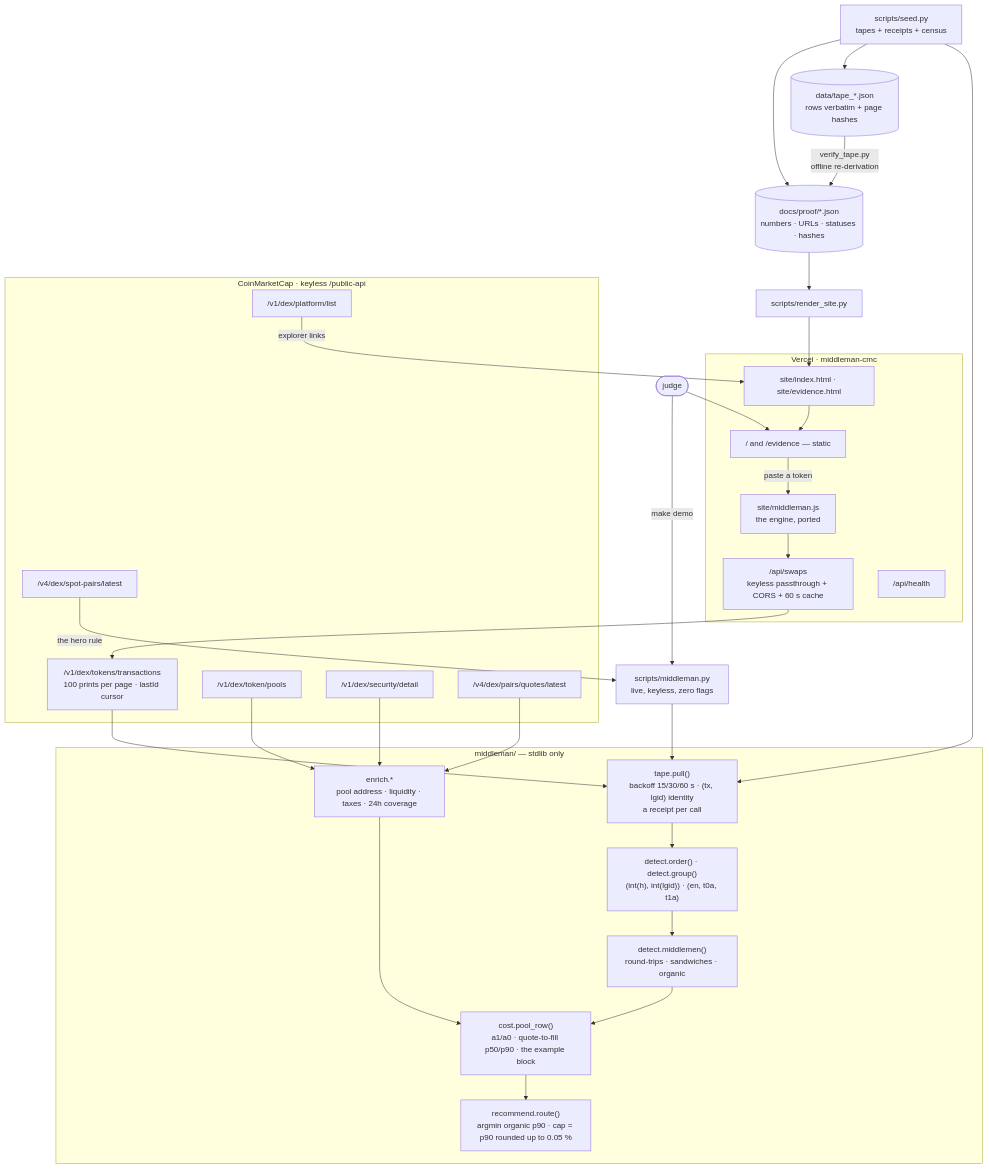
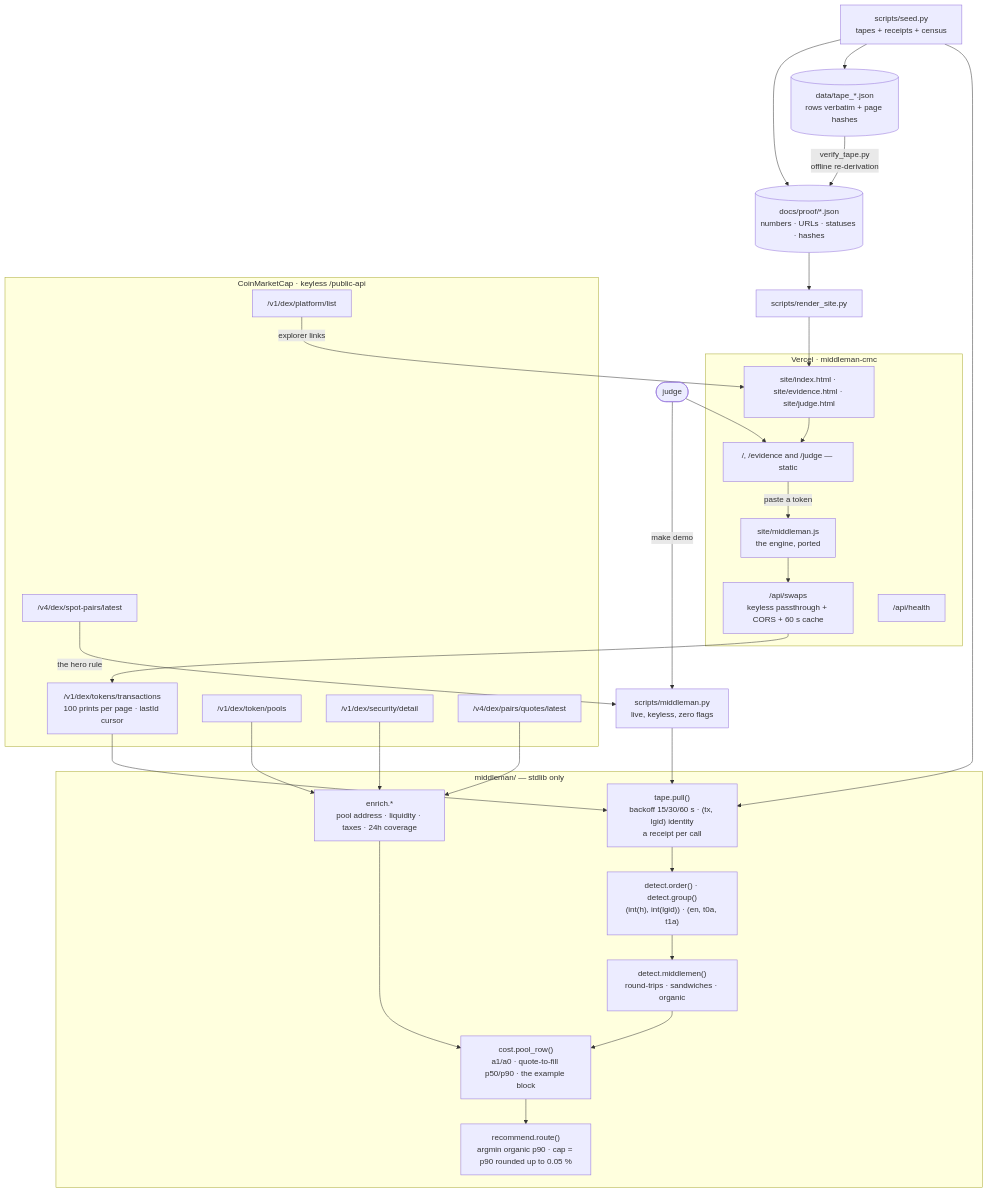
Before and after one commit to edycutjong/middleman: the diagram in ARCHITECTURE.md, drawn with Mermaid. The commit also changed other lines of this file and 14 other files, not shown here.

First line of the commit message:
feat(site): /judge — one page for one reader, rendered from the receipts, and the proxy's boundary pinned

````diff
--- a/ARCHITECTURE.md
+++ b/ARCHITECTURE.md
@@ -15,42 +15,42 @@
 ```mermaid
 flowchart TD
   subgraph cmc["CoinMarketCap · keyless /public-api"]
     TX["/v1/dex/tokens/transactions<br/>100 prints per page · lastId cursor"]
     POOLS["/v1/dex/token/pools"]
     SEC["/v1/dex/security/detail"]
     PQ["/v4/dex/pairs/quotes/latest"]
     SP["/v4/dex/spot-pairs/latest"]
     PL["/v1/dex/platform/list"]
   end
 
   subgraph engine["middleman/ — stdlib only"]
     PULL["tape.pull()<br/>backoff 15/30/60 s · (tx, lgid) identity<br/>a receipt per call"]
     ORDER["detect.order() · detect.group()<br/>(int(h), int(lgid)) · (en, t0a, t1a)"]
     JOIN["detect.middlemen()<br/>round-trips · sandwiches · organic"]
     COST["cost.pool_row()<br/>a1/a0 · quote-to-fill p50/p90 · the example block"]
     ROUTE["recommend.route()<br/>argmin organic p90 · cap = p90 rounded up to 0.05 %"]
     LABEL["enrich.*<br/>pool address · liquidity · taxes · 24h coverage"]
   end
 
   TX --> PULL --> ORDER --> JOIN --> COST --> ROUTE
   POOLS & SEC & PQ --> LABEL --> COST
   SP -->|"the hero rule"| CLI
   PL -->|"explorer links"| SITE
 
   CLI["scripts/middleman.py<br/>live, keyless, zero flags"] --> PULL
   SEED["scripts/seed.py<br/>tapes + receipts + census"] --> PULL
   SEED --> TAPE[("data/tape_*.json<br/>rows verbatim + page hashes")]
   SEED --> PROOF[("docs/proof/*.json<br/>numbers · URLs · statuses · hashes")]
   TAPE -->|"verify_tape.py<br/>offline re-derivation"| PROOF
-  PROOF --> RENDER["scripts/render_site.py"] --> SITE["site/index.html · site/evidence.html"]
+  PROOF --> RENDER["scripts/render_site.py"] --> SITE["site/index.html · site/evidence.html · site/judge.html"]
 
   subgraph vercel["Vercel · middleman-cmc"]
-    SITE --> PAGE["/ and /evidence — static"]
+    SITE --> PAGE["/, /evidence and /judge — static"]
     PAGE -->|"paste a token"| JS["site/middleman.js<br/>the engine, ported"]
     JS --> FN["/api/swaps<br/>keyless passthrough + CORS + 60 s cache"] --> TX
     HEALTH["/api/health"]
   end
 
   JUDGE(["judge"]) --> PAGE
   JUDGE -->|"make demo"| CLI
 ```
````
